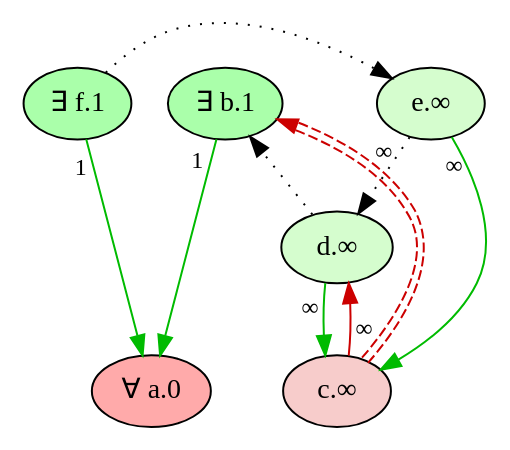
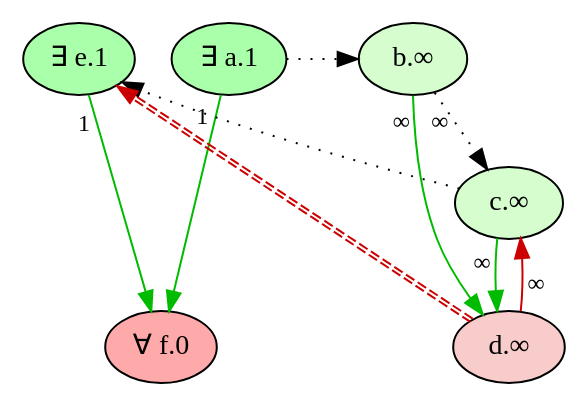
The diagram in Refactor/imgs/wm_graph_sb/clean_game_pw_1.dot (idaks/Games-and-Argumentation), drawn with Graphviz before and after one commit. The commit also changed 85 other files, not shown here.

```diff
--- a/Refactor/imgs/wm_graph_sb/clean_game_pw_1.dot
+++ b/Refactor/imgs/wm_graph_sb/clean_game_pw_1.dot
@@ -1,32 +1,32 @@
 digraph {
     rankdir="TB"
     node [style=filled fontname="Palatino" fontsize=14]
     node [fillcolor="#AAFFAA"]
-    "f" [label="∃ f.1"]
-    "b" [label="∃ b.1"]
+    "e" [label="∃ e.1"]
+    "a" [label="∃ a.1"]
     node [fillcolor="#FFAAAA"]
-    "a" [label="∀ a.0"]
+    "f" [label="∀ f.0"]
     node [fillcolor="#d5fdce"]
+    "b" [label="b.∞"]
+    "c" [label="c.∞"]
+    node [fillcolor="#f7cccb"]
     "d" [label="d.∞"]
-    "e" [label="e.∞"]
-    node [fillcolor="#f7cccb"]
-    "c" [label="c.∞"]
     edge[labeldistance=1.5 fontsize=12]
+    edge [color="black" style="dotted" dir="forward" taillabel="∞"]
+           "b" -> "c" 
+    edge [color="#CC0000" style="solid" dir="forward" taillabel="∞"]
+           "d" -> "c" 
+    edge [color="#00BB00" style="solid" dir="forward" taillabel="∞"]
+           "b" -> "d" 
+           "c" -> "d" 
     edge [color="#00BB00" style="solid" dir="forward" taillabel="1"]
-           "b" -> "a" 
-           "f" -> "a" 
-    edge [color="#CC0000" style="solid" dir="forward" taillabel="∞"]
-           "c" -> "d" 
-    edge [color="#00BB00" style="solid" dir="forward" taillabel="∞"]
-           "d" -> "c" 
-           "e" -> "c" 
-    edge [color="black" style="dotted" dir="forward" taillabel="∞"]
-           "e" -> "d" 
-    edge [color="#CC0000:invis:#CC0000" style="dashed" dir="forward" taillabel="" constraint=false]
-           "c" -> "b" 
+           "e" -> "f" 
+           "a" -> "f" 
     edge [color="black" style="dotted" dir="forward" taillabel="" constraint=false]
-           "d" -> "b" 
-           "f" -> "e" 
-    {rank = max a}
-    {rank = min f b}
+           "a" -> "b" 
+           "c" -> "e" 
+    edge [color="#CC0000:#CC0000" style="dashed" dir="forward" taillabel="" constraint=false]
+           "d" -> "e" 
+    {rank = max f}
+    {rank = min e a}
 }
```
